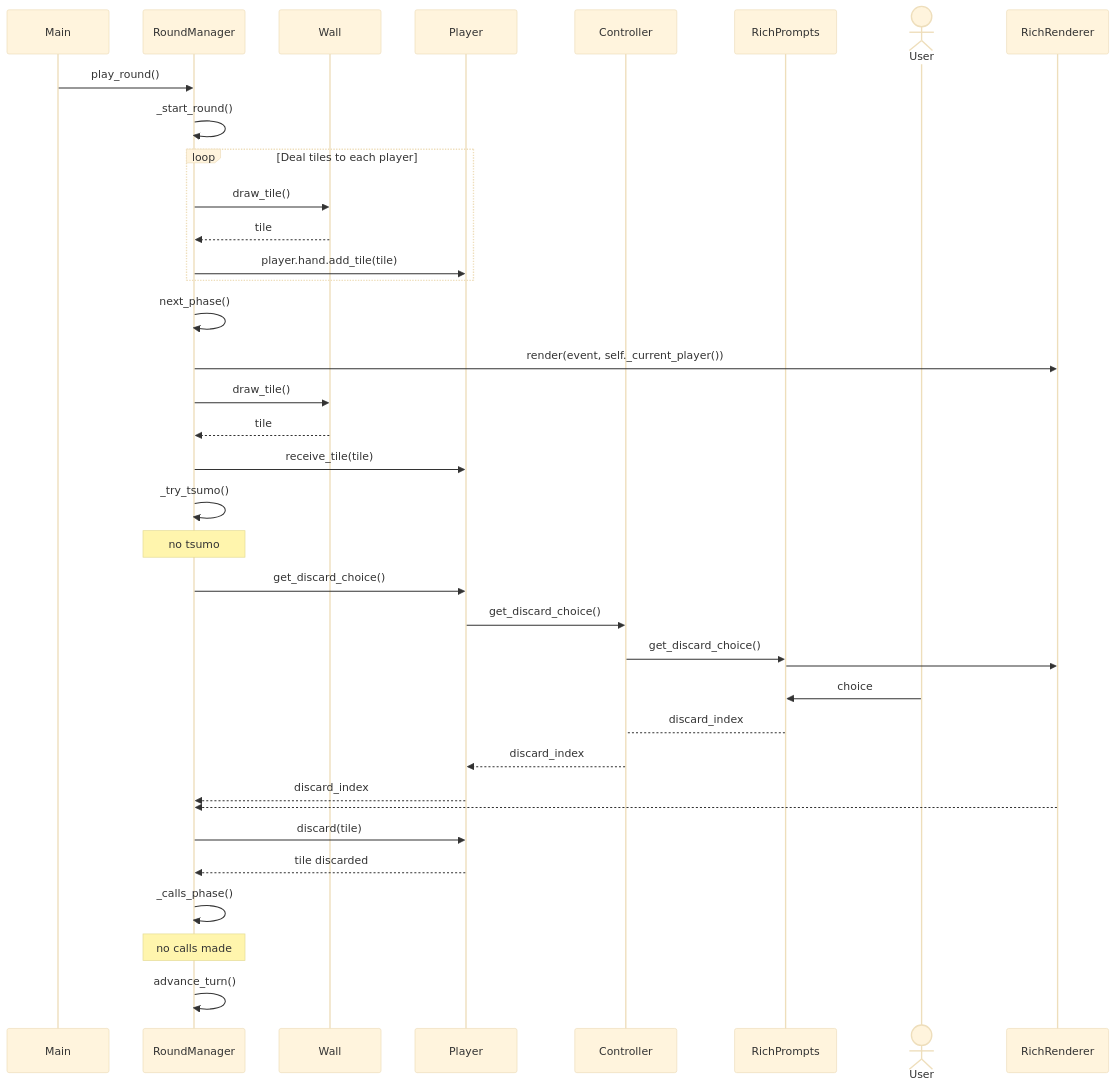
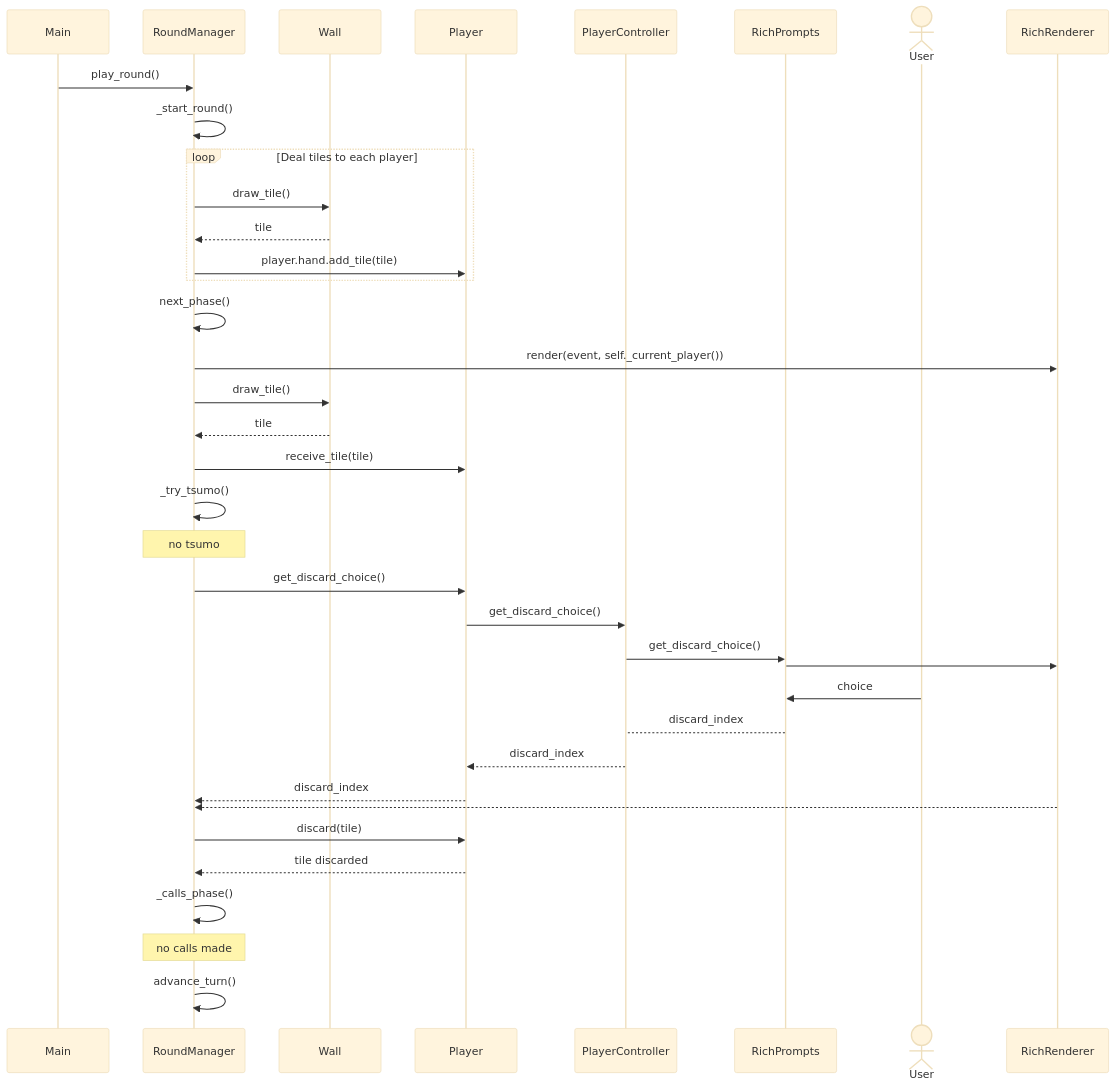
The second of 2 diagrams in dokumentaatio/arkkitehtuuri.md (aarnioem/ohte2026), drawn with Mermaid (base theme) before and after one commit. The commit also changed other lines of this file and 1 other file, not shown here.

Commit message:
update architecture

````diff
--- a/dokumentaatio/arkkitehtuuri.md
+++ b/dokumentaatio/arkkitehtuuri.md
@@ -132,49 +132,49 @@
 ```mermaid
 sequenceDiagram
     participant Main
     participant RoundManager
     participant Wall
     participant Player
-    participant Controller
+    participant PlayerController
     participant RichPrompts
     actor User
     participant RichRenderer
 
     Main->>RoundManager: play_round()
     RoundManager->>RoundManager: _start_round()
 
     loop Deal tiles to each player
         RoundManager->>Wall: draw_tile()
         Wall-->>RoundManager: tile
         RoundManager->>Player: player.hand.add_tile(tile)
     end
 
 
     RoundManager->>RoundManager: next_phase()
     RoundManager->>RichRenderer: render(event, self._current_player())
 
     RoundManager->>Wall: draw_tile()
     Wall-->>RoundManager: tile
     RoundManager->>Player: receive_tile(tile)
     RoundManager->>RoundManager: _try_tsumo()
     Note over RoundManager: no tsumo
 
 
     RoundManager->>Player: get_discard_choice()
-    Player->>Controller: get_discard_choice()
-    Controller->>RichPrompts: get_discard_choice()
+    Player->>PlayerController: get_discard_choice()
+    PlayerController->>RichPrompts: get_discard_choice()
     RichPrompts->>RichRenderer:
     User->>RichPrompts: choice
-    RichPrompts-->Controller: discard_index
-    Controller-->>Player: discard_index
+    RichPrompts-->PlayerController: discard_index
+    PlayerController-->>Player: discard_index
     Player-->>RoundManager: discard_index
 
     RichRenderer-->>RoundManager: 
     RoundManager->>Player: discard(tile)
     Player-->>RoundManager: tile discarded
 
     RoundManager->>RoundManager: _calls_phase()
     Note over RoundManager: no calls made
     RoundManager->>RoundManager: advance_turn()
 
 ```
````
